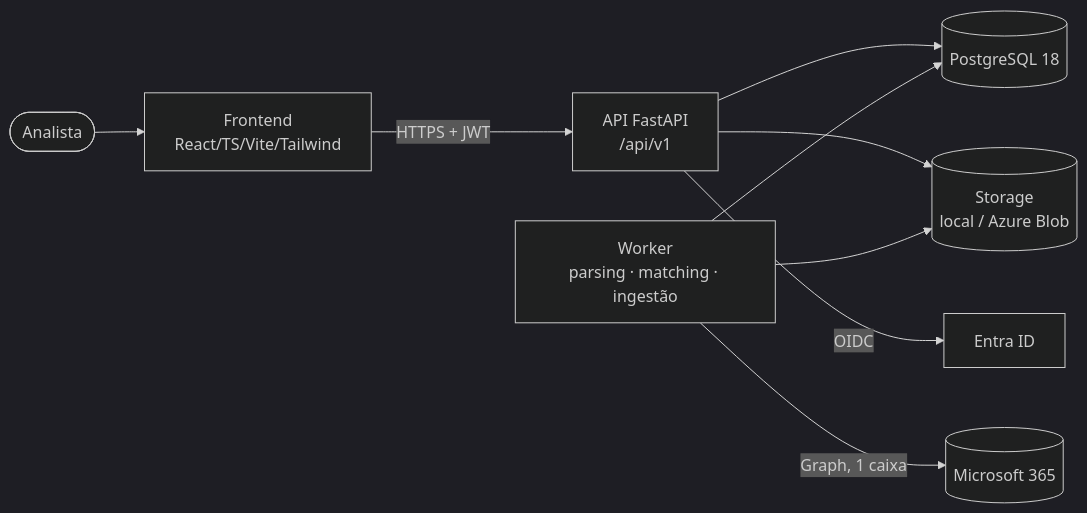
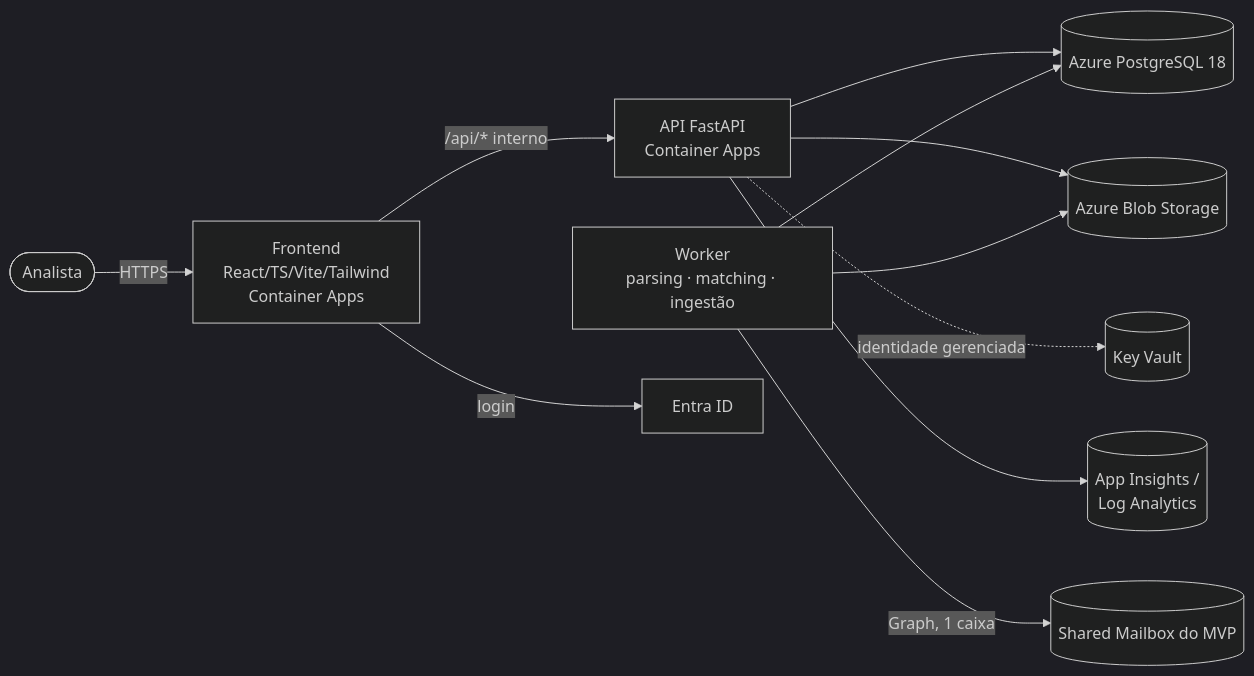
Before and after one commit to eusouzati/guardiao-financeiro-br: the diagram in ARCHITECTURE.md, drawn with Mermaid (dark theme). The commit also changed other lines of this file and 146 other files, not shown here.

````diff
--- a/ARCHITECTURE.md
+++ b/ARCHITECTURE.md
@@ -6,11 +10,13 @@
 ```mermaid
 flowchart LR
-    user([Analista]) --> spa[Frontend<br/>React/TS/Vite/Tailwind]
-    spa -- HTTPS + JWT --> api[API FastAPI<br/>/api/v1]
-    api --> db[(PostgreSQL 18)]
-    api --> st[(Storage<br/>local / Azure Blob)]
+    user([Analista]) -- HTTPS --> web[Frontend<br/>React/TS/Vite/Tailwind<br/>Container Apps]
+    web -- /api/* interno --> api[API FastAPI<br/>Container Apps]
+    api --> db[(Azure PostgreSQL 18)]
+    api --> st[(Azure Blob Storage)]
+    api -. identidade gerenciada .-> kv[(Key Vault)]
     worker[Worker<br/>parsing · matching · ingestão] --> db
     worker --> st
-    worker -- Graph, 1 caixa --> m365[(Microsoft 365)]
-    api -- OIDC --> entra[Entra ID]
+    worker -- Graph, 1 caixa --> m365[(Shared Mailbox do MVP)]
+    web -- login --> entra[Entra ID]
+    api --> obs[(App Insights /<br/>Log Analytics)]
 ```
````
